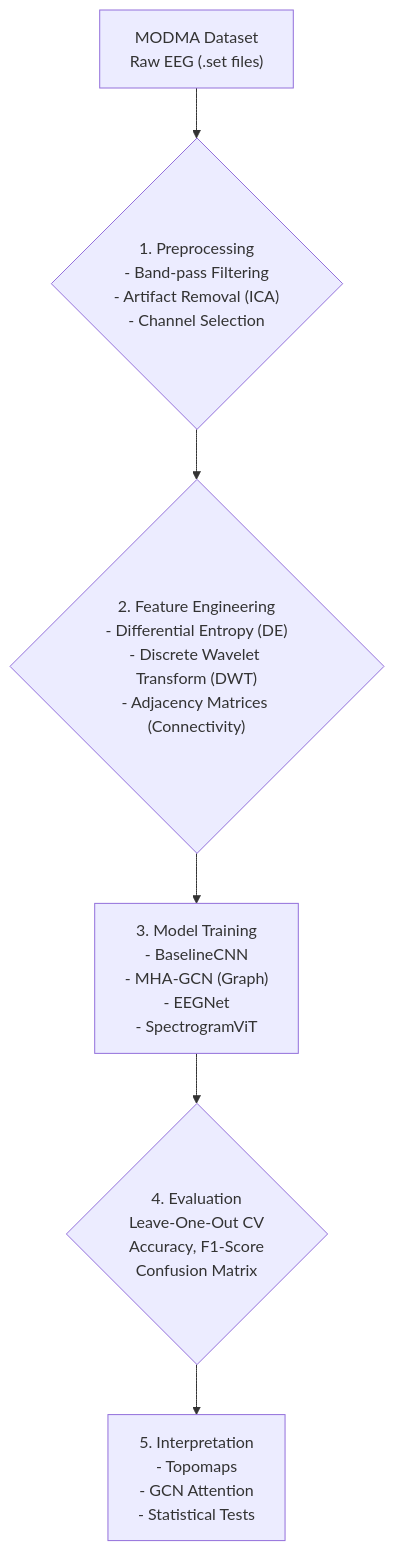
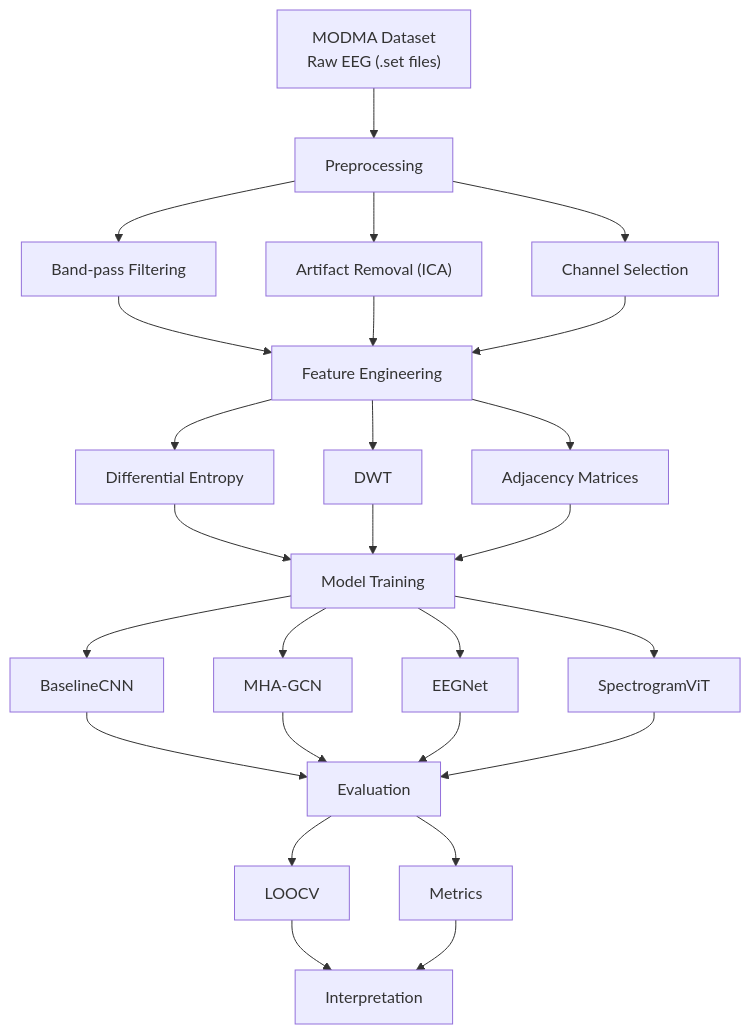
Before and after one commit to The-Obstacle-Is-The-Way/clarity-ai-jupyter: the first of 2 diagrams in README.md, drawn with Mermaid.

Commit message:
docs: restructure README.md diagrams for enhanced clarity and modularity in the MODMA dataset workflow

````diff
--- a/README.md
+++ b/README.md
@@ -20,8 +20,35 @@
 ```mermaid
 graph TD
-    A["MODMA Dataset<br/>Raw EEG (.set files)"] --> B{"1. Preprocessing<br/>- Band-pass Filtering<br/>- Artifact Removal (ICA)<br/>- Channel Selection"}
-    B --> C{"2. Feature Engineering<br/>- Differential Entropy (DE)<br/>- Discrete Wavelet Transform (DWT)<br/>- Adjacency Matrices (Connectivity)"}
-    C --> D["3. Model Training<br/>- BaselineCNN<br/>- MHA-GCN (Graph)<br/>- EEGNet<br/>- SpectrogramViT"]
-    D --> E{"4. Evaluation<br/>Leave-One-Out CV<br/>Accuracy, F1-Score<br/>Confusion Matrix"}
-    E --> F["5. Interpretation<br/>- Topomaps<br/>- GCN Attention<br/>- Statistical Tests"]
+    A["MODMA Dataset<br/>Raw EEG (.set files)"] --> B[Preprocessing]
+    B --> B1["Band-pass Filtering"]
+    B --> B2["Artifact Removal (ICA)"]
+    B --> B3["Channel Selection"]
+    
+    B1 --> C[Feature Engineering]
+    B2 --> C
+    B3 --> C
+    
+    C --> C1["Differential Entropy"]
+    C --> C2["DWT"]
+    C --> C3["Adjacency Matrices"]
+    
+    C1 --> D[Model Training]
+    C2 --> D
+    C3 --> D
+    
+    D --> D1["BaselineCNN"]
+    D --> D2["MHA-GCN"]
+    D --> D3["EEGNet"]
+    D --> D4["SpectrogramViT"]
+    
+    D1 --> E[Evaluation]
+    D2 --> E
+    D3 --> E
+    D4 --> E
+    
+    E --> E1["LOOCV"]
+    E --> E2["Metrics"]
+    
+    E1 --> F[Interpretation]
+    E2 --> F
 ```
````
